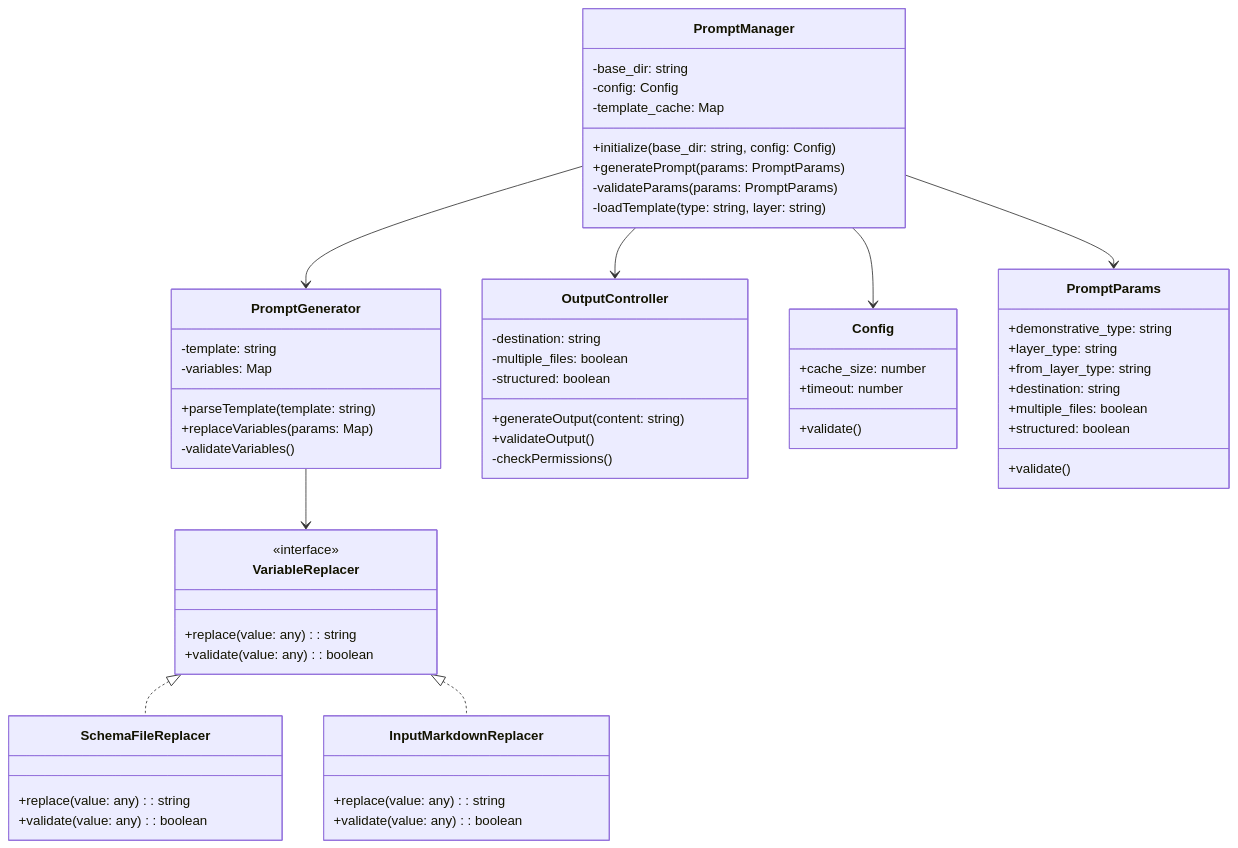
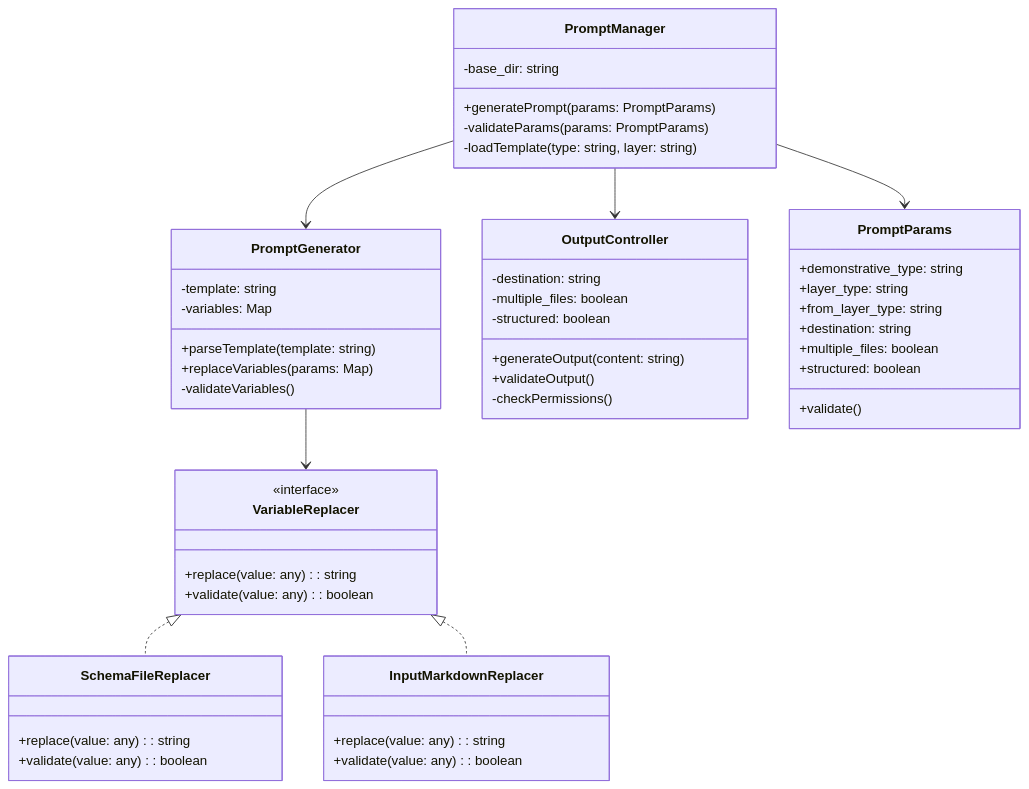
The diagram in docs/uml/class.md (tettuan/breakdownprompt), drawn with Mermaid before and after one commit. The commit also changed 16 other files, not shown here.

````diff
--- a/docs/uml/class.md
+++ b/docs/uml/class.md
@@ -1,69 +1,59 @@
 ```mermaid
 classDiagram
     class PromptManager {
         -base_dir: string
-        -config: Config
-        -template_cache: Map
-        +initialize(base_dir: string, config: Config)
         +generatePrompt(params: PromptParams)
         -validateParams(params: PromptParams)
         -loadTemplate(type: string, layer: string)
     }
 
     class PromptGenerator {
         -template: string
         -variables: Map
         +parseTemplate(template: string)
         +replaceVariables(params: Map)
         -validateVariables()
     }
 
     class VariableReplacer {
         <<interface>>
         +replace(value: any): string
         +validate(value: any): boolean
     }
 
     class SchemaFileReplacer {
         +replace(value: any): string
         +validate(value: any): boolean
     }
 
     class InputMarkdownReplacer {
         +replace(value: any): string
         +validate(value: any): boolean
     }
 
     class OutputController {
         -destination: string
         -multiple_files: boolean
         -structured: boolean
         +generateOutput(content: string)
         +validateOutput()
         -checkPermissions()
     }
 
-    class Config {
-        +cache_size: number
-        +timeout: number
-        +validate()
-    }
-
     class PromptParams {
         +demonstrative_type: string
         +layer_type: string
         +from_layer_type: string
         +destination: string
         +multiple_files: boolean
         +structured: boolean
         +validate()
     }
 
     PromptManager --> PromptGenerator
     PromptManager --> OutputController
     PromptGenerator --> VariableReplacer
     VariableReplacer <|.. SchemaFileReplacer
     VariableReplacer <|.. InputMarkdownReplacer
-    PromptManager --> Config
     PromptManager --> PromptParams
 ```
````
